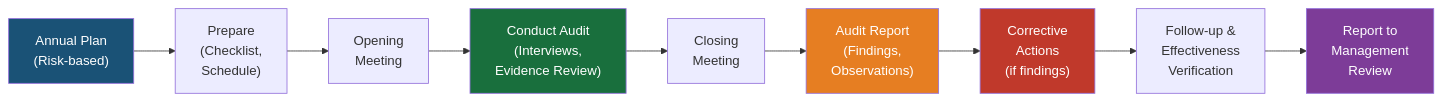
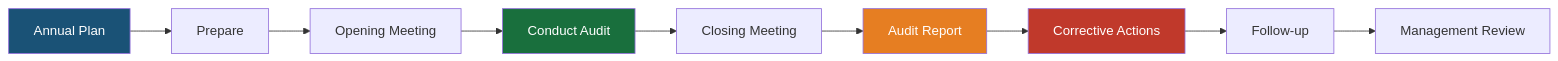
Before and after one commit to fwornle/iso-9001: the diagram in docs/performance/internal-audit-program.md, drawn with Mermaid. The commit also changed other lines of this file and 41 other files, not shown here.

````diff
--- a/docs/performance/internal-audit-program.md
+++ b/docs/performance/internal-audit-program.md
@@ -76,16 +59,15 @@
-```mermaid
-graph LR
-    A["Annual Plan<br/>(Risk-based)"] --> B["Prepare<br/>(Checklist,<br/>Schedule)"]
-    B --> C["Opening<br/>Meeting"]
-    C --> D["Conduct Audit<br/>(Interviews,<br/>Evidence Review)"]
-    D --> E["Closing<br/>Meeting"]
-    E --> F["Audit Report<br/>(Findings,<br/>Observations)"]
-    F --> G["Corrective<br/>Actions<br/>(if findings)"]
-    G --> H["Follow-up &<br/>Effectiveness<br/>Verification"]
-    H --> I["Report to<br/>Management<br/>Review"]
-    style A fill:#1a5276,color:#fff
-    style D fill:#196f3d,color:#fff
-    style F fill:#e67e22,color:#fff
-    style G fill:#c0392b,color:#fff
-    style I fill:#7d3c98,color:#fff
-```
+    ```mermaid
+    graph LR
+        A["Annual Plan"] --> B["Prepare"]
+        B --> C["Opening Meeting"]
+        C --> D["Conduct Audit"]
+        D --> E["Closing Meeting"]
+        E --> F["Audit Report"]
+        F --> G["Corrective Actions"]
+        G --> H["Follow-up"]
+        H --> I["Management Review"]
+        style A fill:#1a5276,color:#fff
+        style D fill:#196f3d,color:#fff
+        style F fill:#e67e22,color:#fff
+        style G fill:#c0392b,color:#fff
+    ```
````
